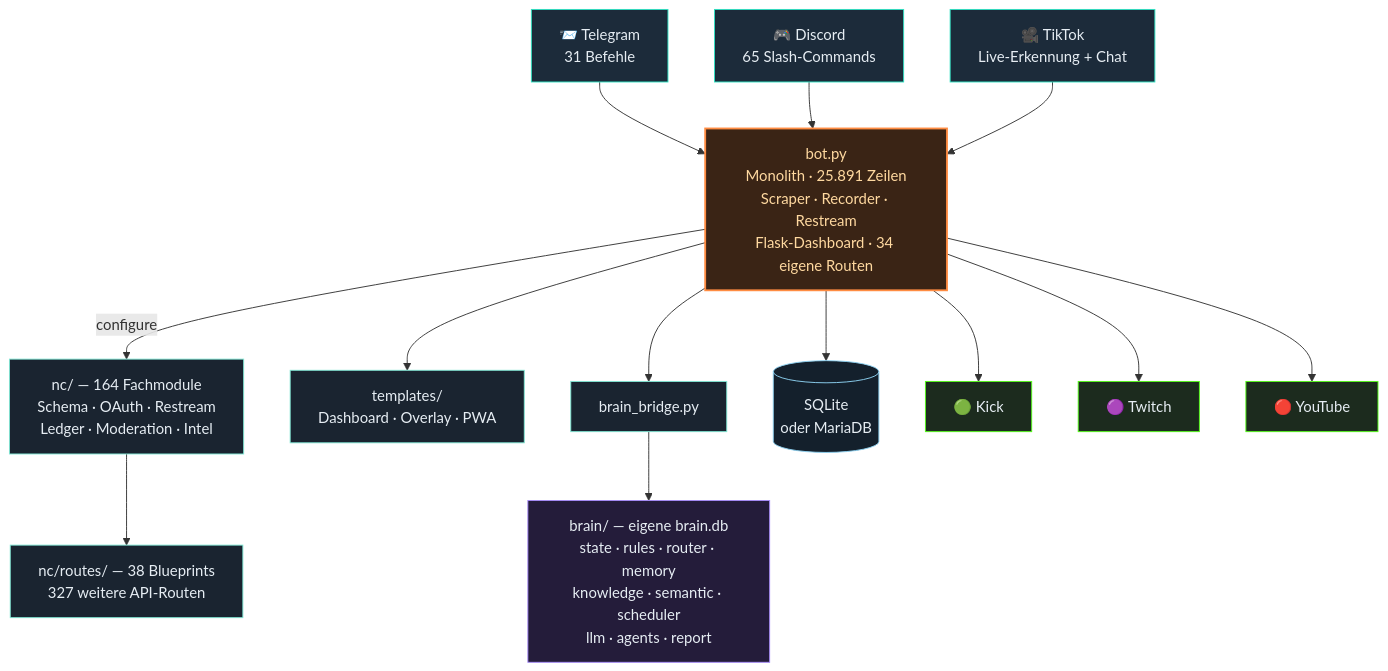
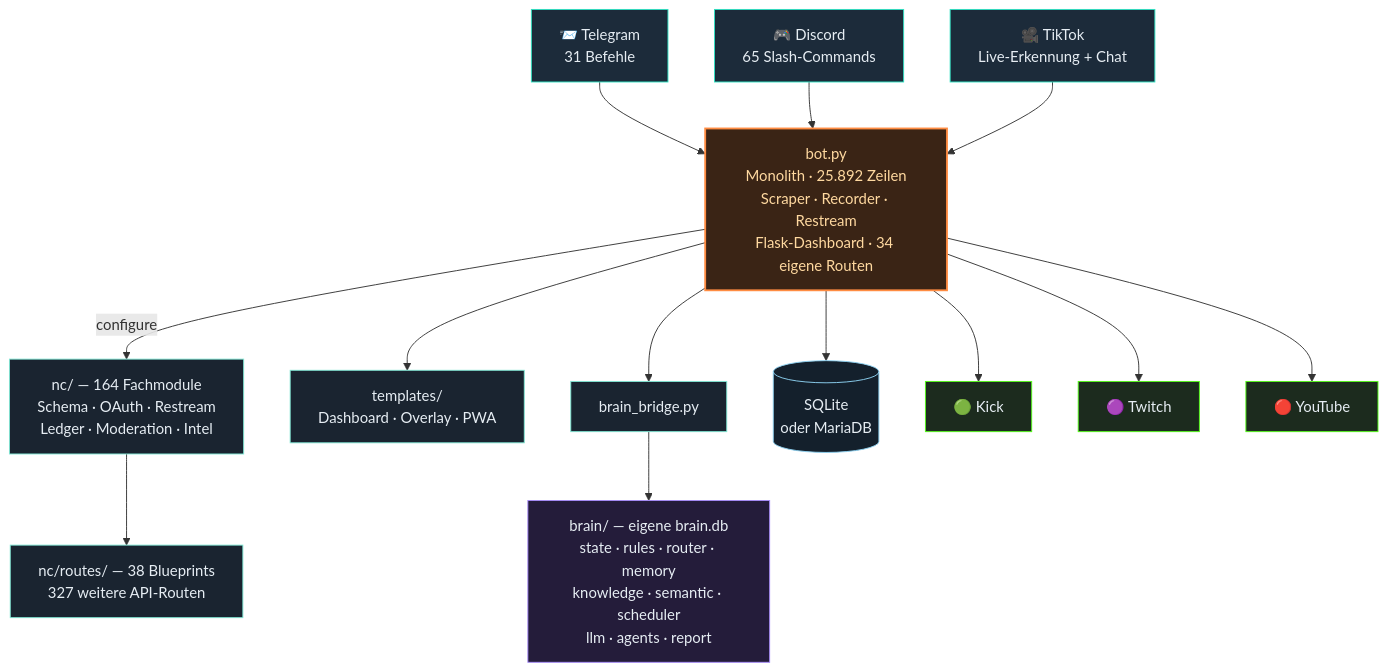
Before and after one commit to itsamemedev/Telegram-Stream-Info-Bot: the third of 4 diagrams in README.md, drawn with Mermaid. The commit also changed other lines of this file and 2 other files, not shown here.

````diff
--- a/README.md
+++ b/README.md
@@ -189,30 +189,30 @@
 ```mermaid
 flowchart TB
     TG["📨 Telegram<br/>31 Befehle"]:::ein
     DC["🎮 Discord<br/>65 Slash-Commands"]:::ein
     TT["🎥 TikTok<br/>Live-Erkennung + Chat"]:::ein
 
     TG --> BOT
     DC --> BOT
     TT --> BOT
 
-    BOT["bot.py<br/>Monolith · 25.891 Zeilen<br/>Scraper · Recorder · Restream<br/>Flask-Dashboard · 34 eigene Routen"]:::core
+    BOT["bot.py<br/>Monolith · 25.892 Zeilen<br/>Scraper · Recorder · Restream<br/>Flask-Dashboard · 34 eigene Routen"]:::core
 
     BOT -->|configure| NC["nc/ — 164 Fachmodule<br/>Schema · OAuth · Restream<br/>Ledger · Moderation · Intel"]:::lib
     NC --> RT["nc/routes/ — 38 Blueprints<br/>327 weitere API-Routen"]:::lib
     BOT --> TPL["templates/<br/>Dashboard · Overlay · PWA"]:::lib
     BOT --> BR["brain_bridge.py"]:::lib
     BR --> BRAIN["brain/ — eigene brain.db<br/>state · rules · router · memory<br/>knowledge · semantic · scheduler<br/>llm · agents · report"]:::brain
     BOT --> DB[("SQLite<br/>oder MariaDB")]:::db
 
     BOT --> KICK["🟢 Kick"]:::out
     BOT --> TW["🟣 Twitch"]:::out
     BOT --> YT["🔴 YouTube"]:::out
 
     classDef ein fill:#1c2b3a,stroke:#2de1c2,color:#e6edf3
     classDef core fill:#3a2415,stroke:#ff8c42,stroke-width:2px,color:#ffd9a0
     classDef lib fill:#1a2430,stroke:#7fe7d4,color:#e6edf3
     classDef brain fill:#241c3a,stroke:#a78bfa,color:#e6edf3
     classDef db fill:#14202c,stroke:#8fd3f4,color:#e6edf3
     classDef out fill:#1c2b1e,stroke:#53fc18,color:#e6edf3
 ```
````
